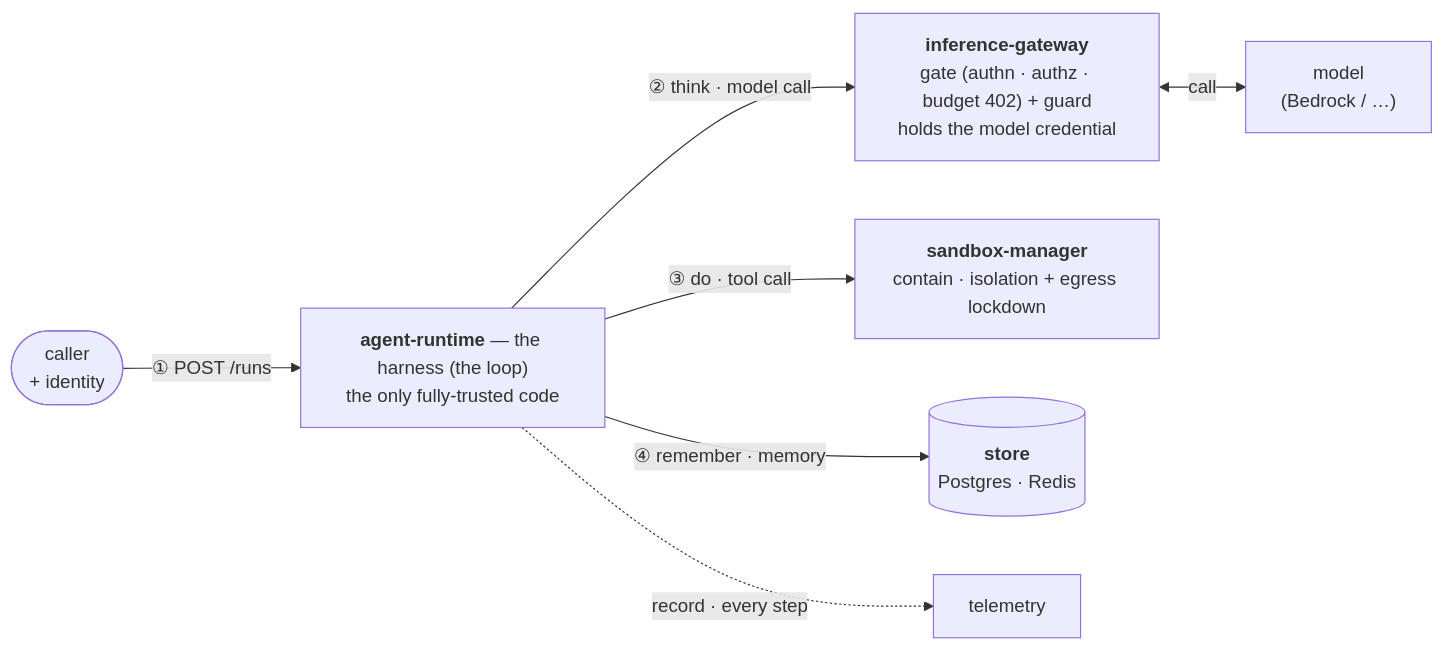
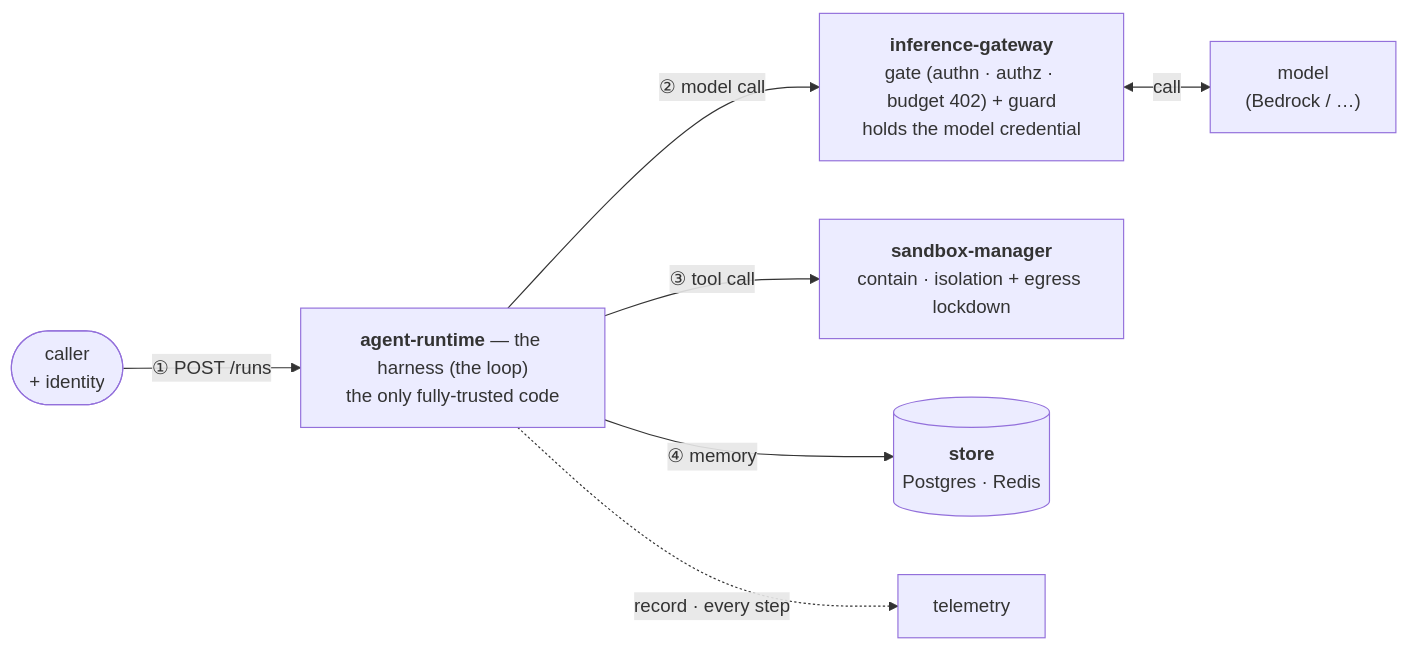
One commit to tilsley/creance changed the eighth of 15 diagrams in docs/stack-slides.md. Above: the diagram before and after it, drawn with Mermaid. The commit also changed other lines of this file, not shown here.

First line of the commit message:
docs(slides): replace think/do/remember with concrete model call/tool call/memory throughout

````diff
--- a/docs/stack-slides.md
+++ b/docs/stack-slides.md
@@ -115,9 +115,9 @@
 ```mermaid
 flowchart LR
   Caller(["caller<br/>+ identity"]) -->|"① POST /runs"| RT["<b>agent-runtime</b> — the harness (the loop)<br/>the only fully-trusted code"]
-  RT -->|"② think · model call"| GW["<b>inference-gateway</b><br/>gate (authn · authz · budget 402) + guard<br/>holds the model credential"]
+  RT -->|"② model call"| GW["<b>inference-gateway</b><br/>gate (authn · authz · budget 402) + guard<br/>holds the model credential"]
   GW <-->|"call"| Model["model<br/>(Bedrock / …)"]
-  RT -->|"③ do · tool call"| SB["<b>sandbox-manager</b><br/>contain · isolation + egress lockdown"]
-  RT -->|"④ remember · memory"| ST[("<b>store</b><br/>Postgres · Redis")]
+  RT -->|"③ tool call"| SB["<b>sandbox-manager</b><br/>contain · isolation + egress lockdown"]
+  RT -->|"④ memory"| ST[("<b>store</b><br/>Postgres · Redis")]
   RT -.->|"record · every step"| OB["telemetry"]
 ```
````
